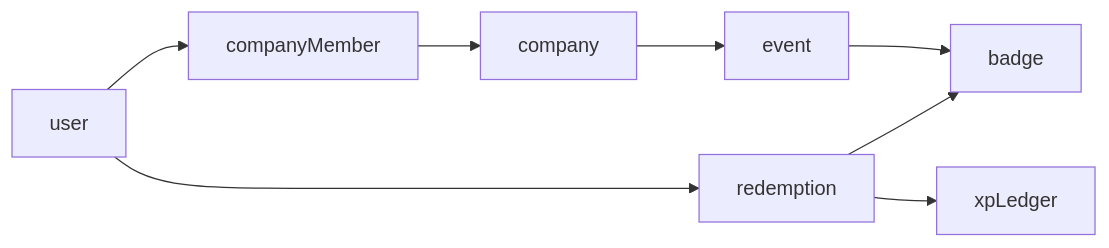
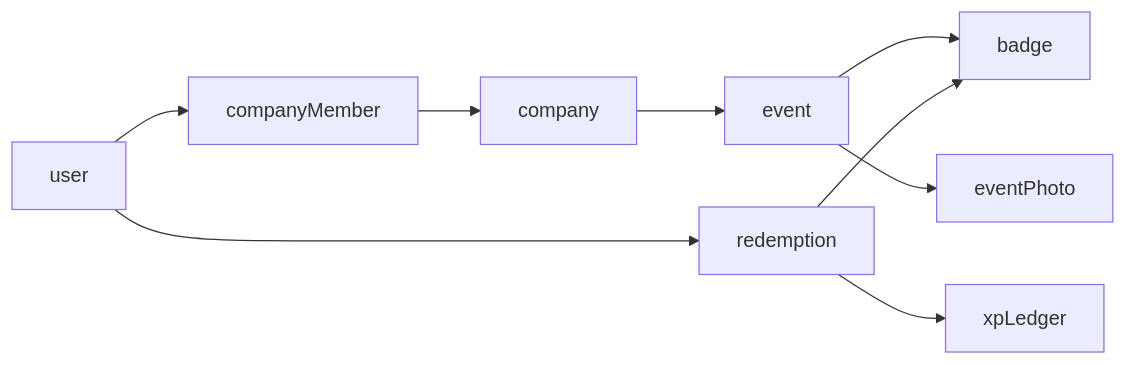
One commit to lggm33/lyfter-badge-app changed the diagram in README.md. Above: the diagram before and after it, drawn with Mermaid. The commit also changed other lines of this file, not shown here.

First line of the commit message:
docs: match the README to the shipped event photos

````diff
--- a/README.md
+++ b/README.md
@@ -66,8 +66,9 @@
 ```mermaid
 flowchart LR
   user --> companyMember --> company
   company --> event
   event --> badge
+  event --> eventPhoto
   user --> redemption --> badge
   redemption --> xpLedger
 ```
````
